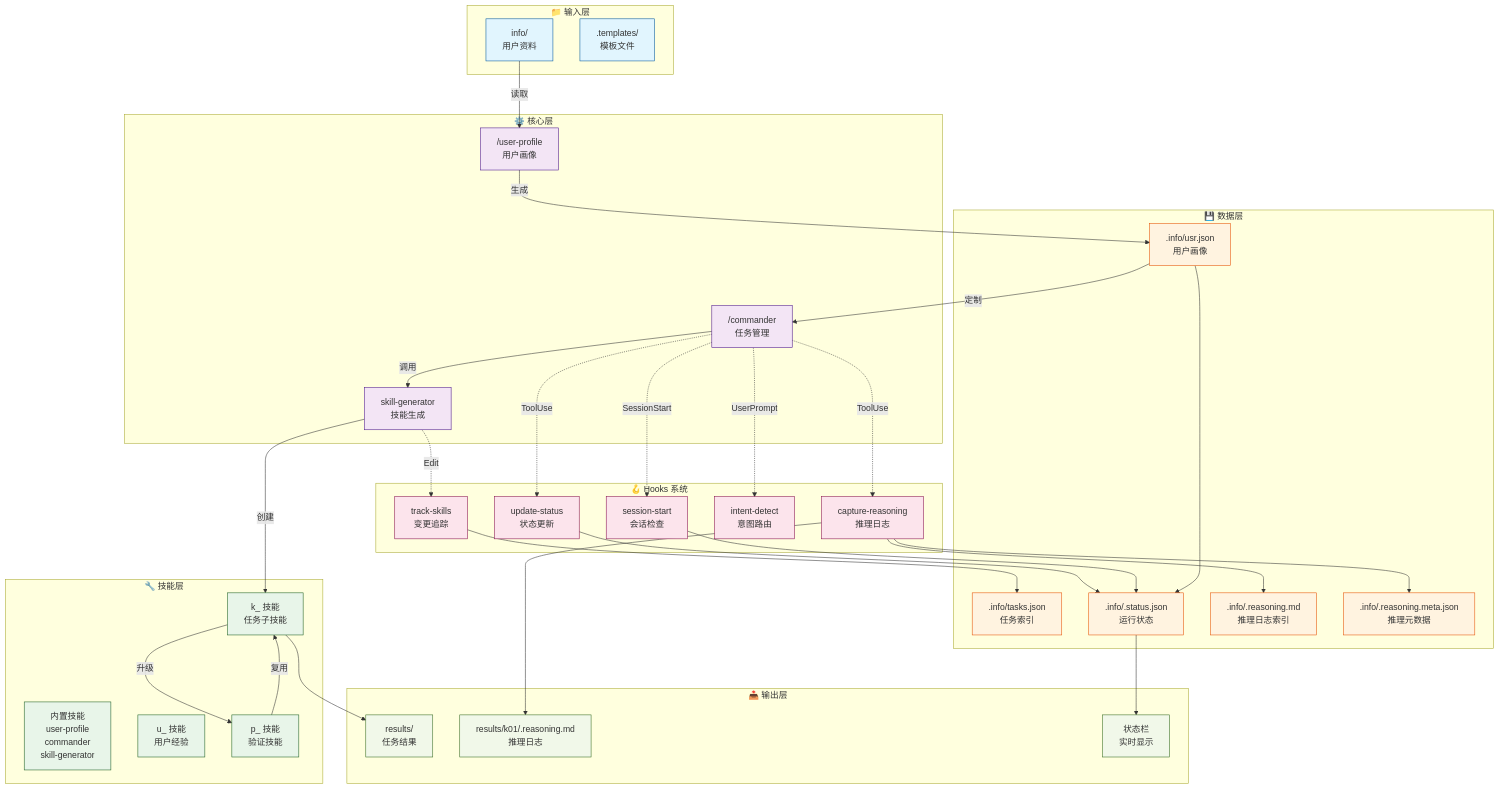
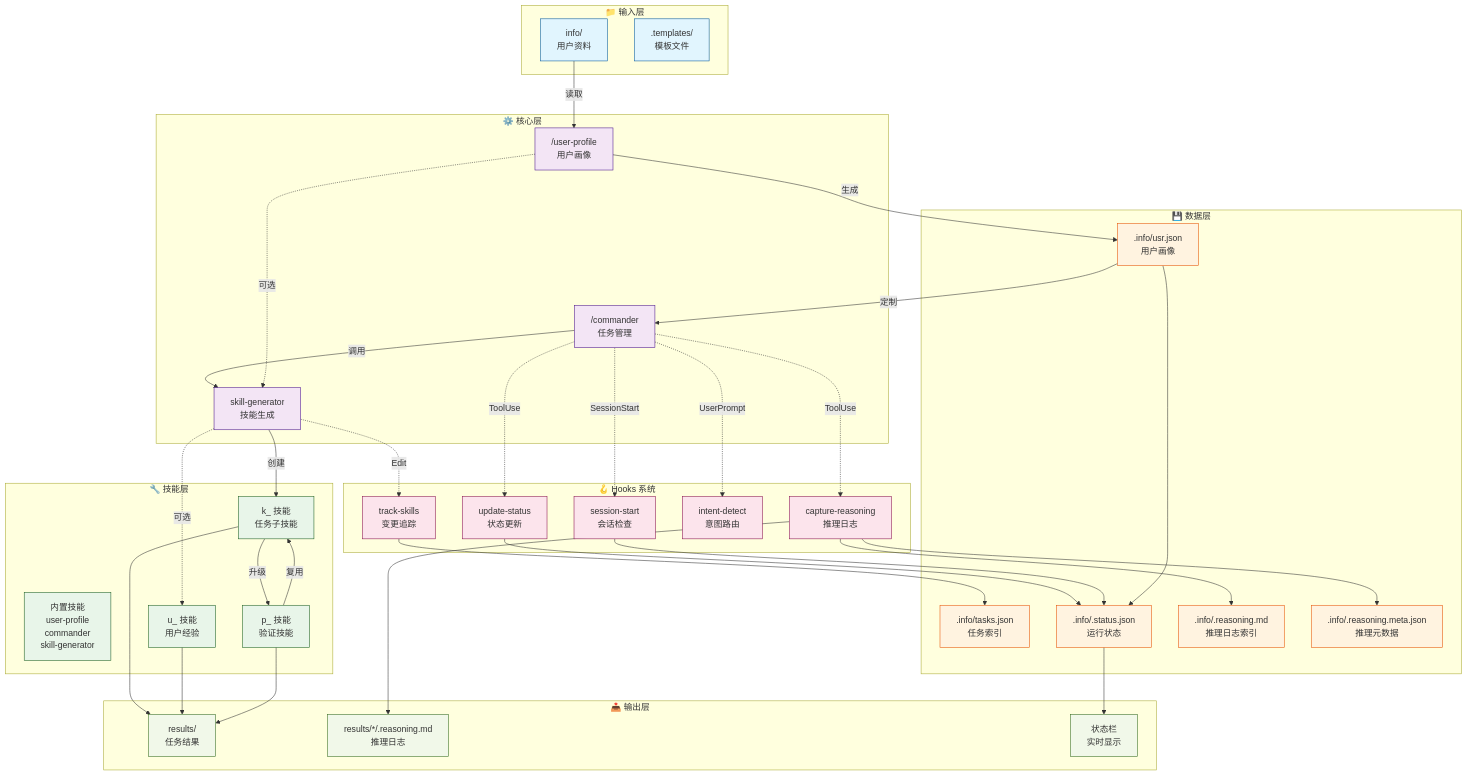
The diagram in README.md (gqy20/Skills_demo), drawn with Mermaid before and after one commit. The commit also changed other lines of this file, not shown here.

Commit message:
docs: update README with skill flexibility and refined description
- Update Mermaid diagram: support all skill types (k_*, u_*, p_*)
- Change project description: "自适应 AI 助手"
- Update start.sh cleanup description
- Fix reasoning log path pattern

```diff
--- a/README.md
+++ b/README.md
@@ -42,7 +42,7 @@
 
     subgraph Output["📤 输出层"]
         RESULTS["results/<br/>任务结果"]
-        REASON_FILES["results/k01/.reasoning.md<br/>推理日志"]
+        REASON_FILES["results/*/.reasoning.md<br/>推理日志"]
         STATUSLINE["状态栏<br/>实时显示"]
     end
 
@@ -52,6 +52,8 @@
     USR -->|定制| CMD
     CMD -->|调用| SG
     SG -->|创建| KSKILL
+    UP -.->|可选| SG
+    SG -.->|可选| USKILL
     KSKILL -->|升级| PSKILL
     PSKILL -->|复用| KSKILL
 
@@ -71,6 +73,8 @@
 
     %% 输出
     KSKILL --> RESULTS
+    USKILL --> RESULTS
+    PSKILL --> RESULTS
     CR --> REASON_FILES
     STATUS --> STATUSLINE
     USR --> STATUS
```
